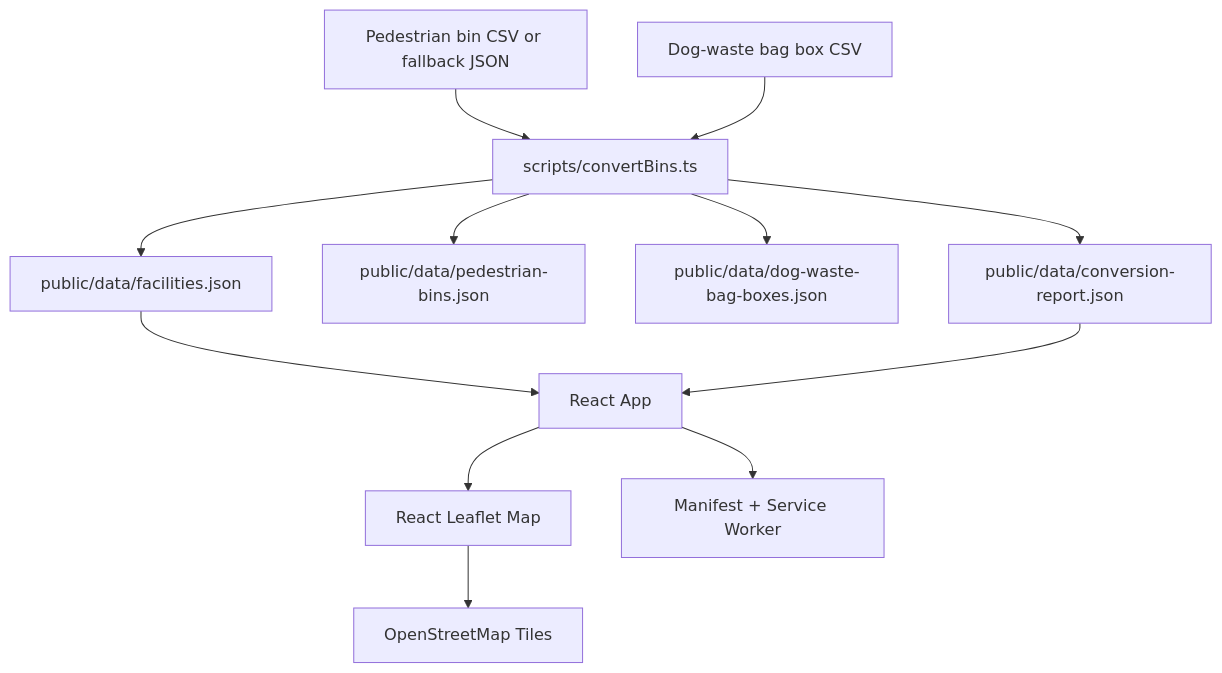
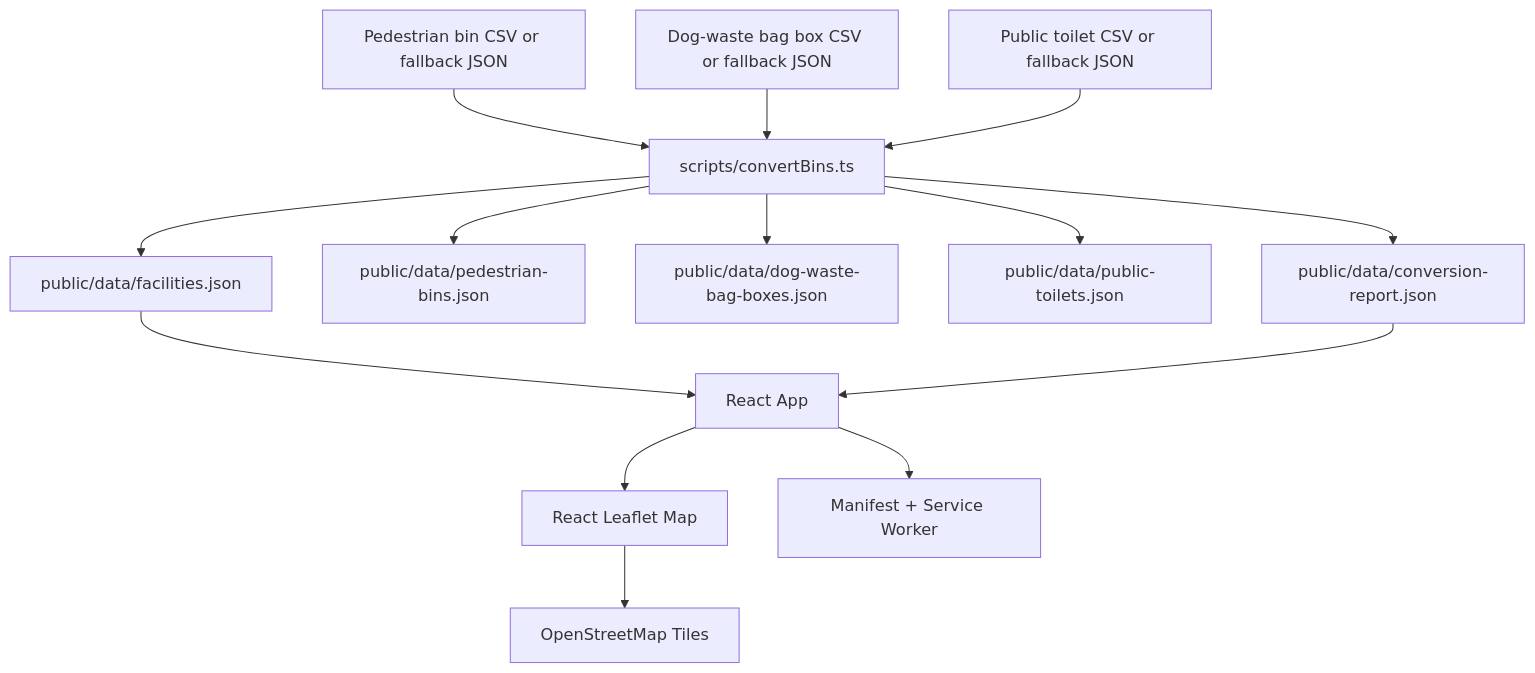
One commit to LEO0331/taipei-bin-map changed the diagram in docs/system-design.en.md. Above: the diagram before and after it, drawn with Mermaid. The commit also changed other lines of this file and 29 other files, not shown here.

Commit message:
add public toilet data

````diff
--- a/docs/system-design.en.md
+++ b/docs/system-design.en.md
@@ -9,14 +9,16 @@
 ```mermaid
 flowchart TD
   BinCSV["Pedestrian bin CSV or fallback JSON"] --> Convert["scripts/convertBins.ts"]
-  DogCSV["Dog-waste bag box CSV"] --> Convert
+  DogCSV["Dog-waste bag box CSV or fallback JSON"] --> Convert
+  ToiletCSV["Public toilet CSV or fallback JSON"] --> Convert
   Convert --> Facilities["public/data/facilities.json"]
   Convert --> Pedestrian["public/data/pedestrian-bins.json"]
   Convert --> Dog["public/data/dog-waste-bag-boxes.json"]
+  Convert --> Toilets["public/data/public-toilets.json"]
   Convert --> Report["public/data/conversion-report.json"]
   Facilities --> App["React App"]
   Report --> App
   App --> Leaflet["React Leaflet Map"]
   Leaflet --> OSM["OpenStreetMap Tiles"]
   App --> PWA["Manifest + Service Worker"]
 ```
````
